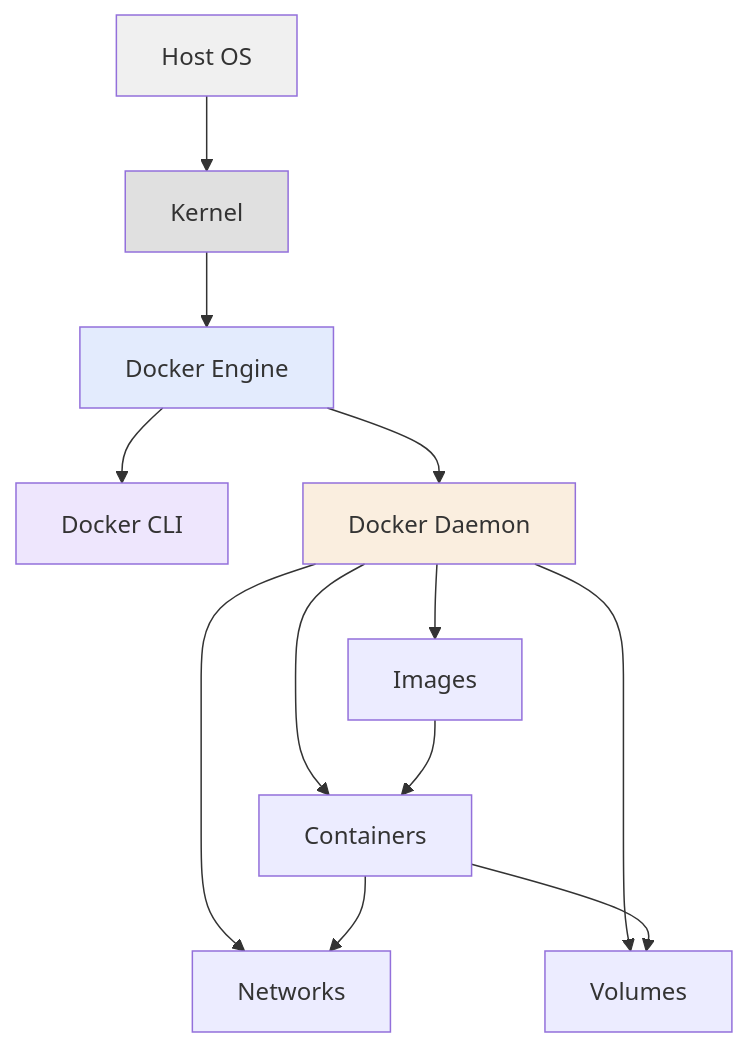
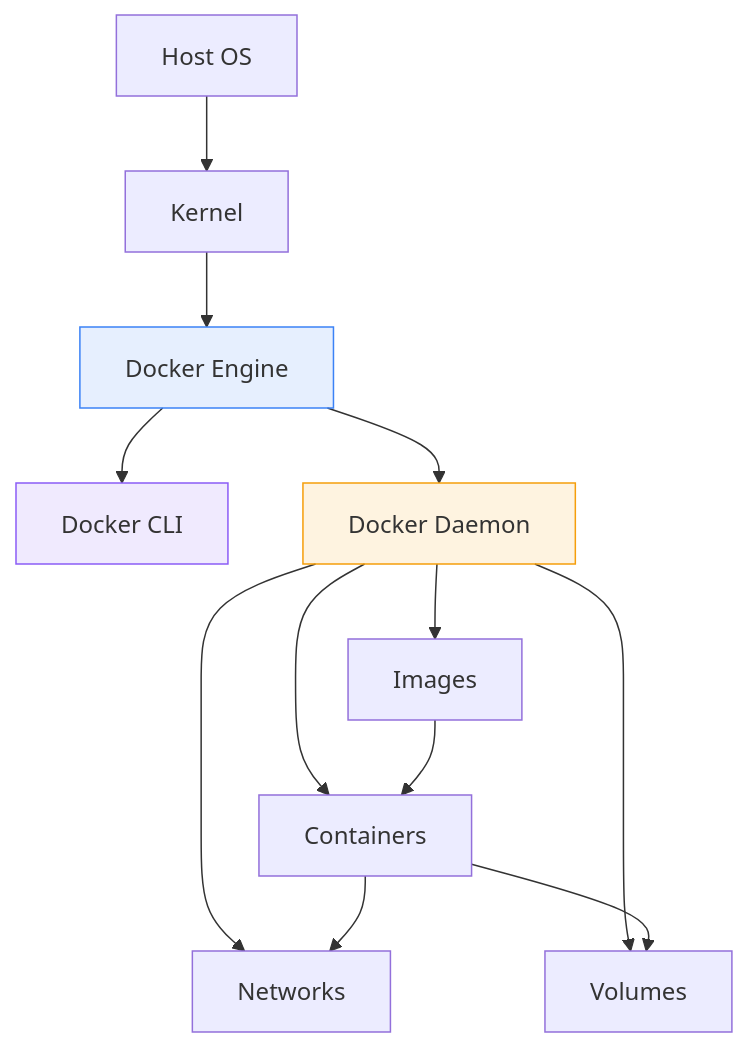
One commit to MadeInShineA/hei-course-summaries changed the first of 5 diagrams in 302.1-data-computation/docker.md. Above: the diagram before and after it, drawn with Mermaid. The commit also changed other lines of this file and 2 other files, not shown here.

Commit message:
Updated mermaid graphs colors

````diff
--- a/302.1-data-computation/docker.md
+++ b/302.1-data-computation/docker.md
@@ -71,20 +73,18 @@
 ```mermaid
 graph TB
     Host[Host OS] --> Kernel[Kernel]
     Kernel --> DockerEngine[Docker Engine]
     DockerEngine --> CLI[Docker CLI]
     DockerEngine --> Daemon[Docker Daemon]
     Daemon --> Images[Images]
     Daemon --> Containers[Containers]
     Daemon --> Networks[Networks]
     Daemon --> Volumes[Volumes]
     Images --> Containers
     Containers --> Networks
     Containers --> Volumes
     
-    style Host fill:#f0f0f0
-    style Kernel fill:#e0e0e0
-    style DockerEngine fill:#2563eb20
-    style CLI fill:#7c3aed20
-    style Daemon fill:#d9770620
+    style DockerEngine fill:#3b82f620,stroke:#3b82f6
+    style CLI fill:#8b5cf620,stroke:#8b5cf6
+    style Daemon fill:#f59e0b20,stroke:#f59e0b
 ```
````
